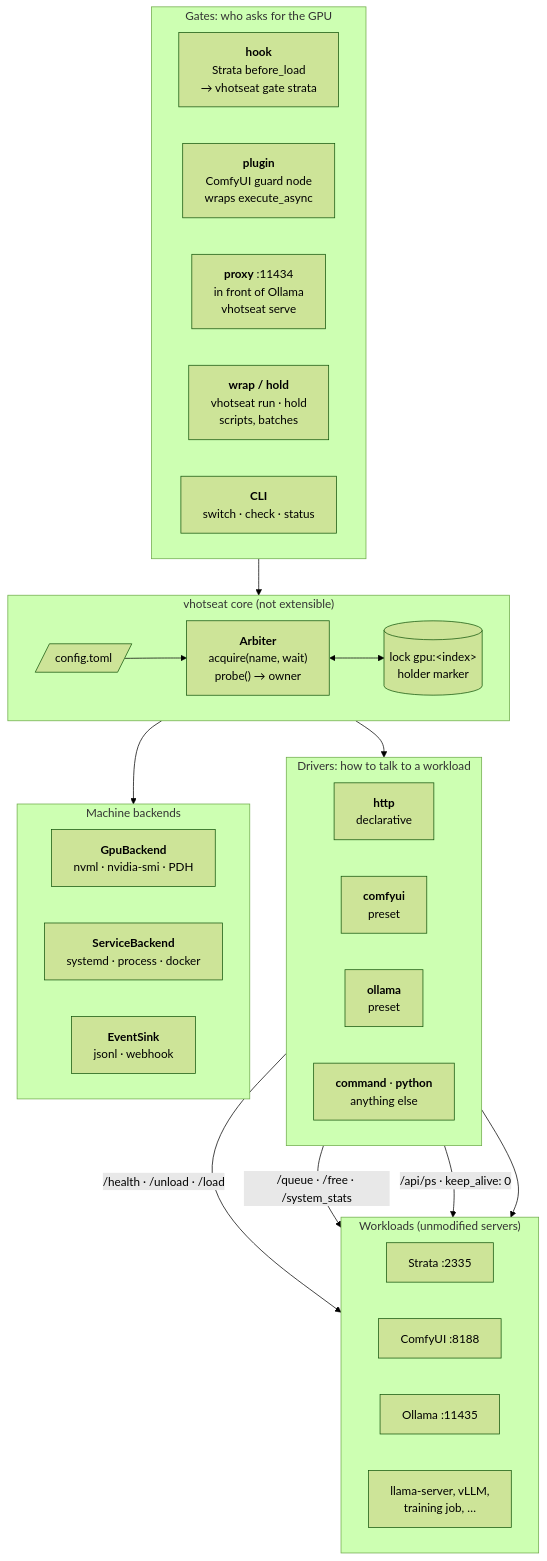
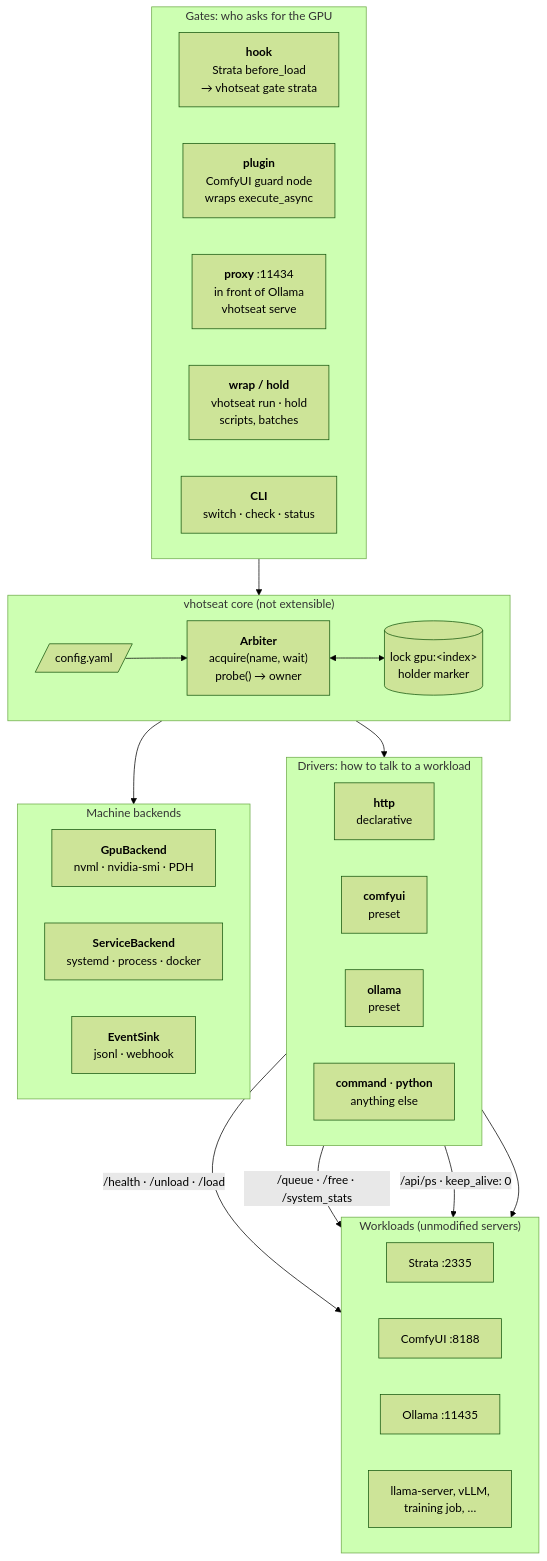
Before and after one commit to wandermyz/wandering-vibe: the first of 4 diagrams in gpu-workload/docs/plans/2026-10-14-vhotseat.md, drawn with Mermaid (forest theme). The commit also changed other lines of this file, not shown here.

````diff
--- a/gpu-workload/docs/plans/2026-10-14-vhotseat.md
+++ b/gpu-workload/docs/plans/2026-10-14-vhotseat.md
@@ -83,50 +89,50 @@
 ```mermaid
 flowchart TB
     subgraph gates["Gates: who asks for the GPU"]
         direction LR
         hook["<b>hook</b><br/>Strata before_load<br/>→ vhotseat gate strata"]
         plugin["<b>plugin</b><br/>ComfyUI guard node<br/>wraps execute_async"]
         proxy["<b>proxy</b> :11434<br/>in front of Ollama<br/>vhotseat serve"]
         wrap["<b>wrap / hold</b><br/>vhotseat run · hold<br/>scripts, batches"]
         cli["<b>CLI</b><br/>switch · check · status"]
     end
 
     subgraph core["vhotseat core (not extensible)"]
         direction LR
-        config[/"config.toml"/]
+        config[/"config.yaml"/]
         arbiter["<b>Arbiter</b><br/>acquire(name, wait)<br/>probe() → owner"]
         lock[("lock gpu:&lt;index&gt;<br/>holder marker")]
         config --> arbiter <--> lock
     end
 
     subgraph drivers["Drivers: how to talk to a workload"]
         direction LR
         dhttp["<b>http</b><br/>declarative"]
         dcomfy["<b>comfyui</b><br/>preset"]
         dollama["<b>ollama</b><br/>preset"]
         dcmd["<b>command</b> · <b>python</b><br/>anything else"]
     end
 
     subgraph backends["Machine backends"]
         direction LR
         gpu["<b>GpuBackend</b><br/>nvml · nvidia-smi · PDH"]
         svc["<b>ServiceBackend</b><br/>systemd · process · docker"]
         events["<b>EventSink</b><br/>jsonl · webhook"]
     end
 
     subgraph workloads["Workloads (unmodified servers)"]
         direction LR
         strata["Strata :2335"]
         comfy["ComfyUI :8188"]
         ollama["Ollama :11435"]
         other["llama-server, vLLM,<br/>training job, …"]
     end
 
     gates --> arbiter
     arbiter --> drivers
     arbiter --> backends
     dhttp -- "/health · /unload · /load" --> strata
     dcomfy -- "/queue · /free · /system_stats" --> comfy
     dollama -- "/api/ps · keep_alive: 0" --> ollama
     dcmd --> other
 ```
````
